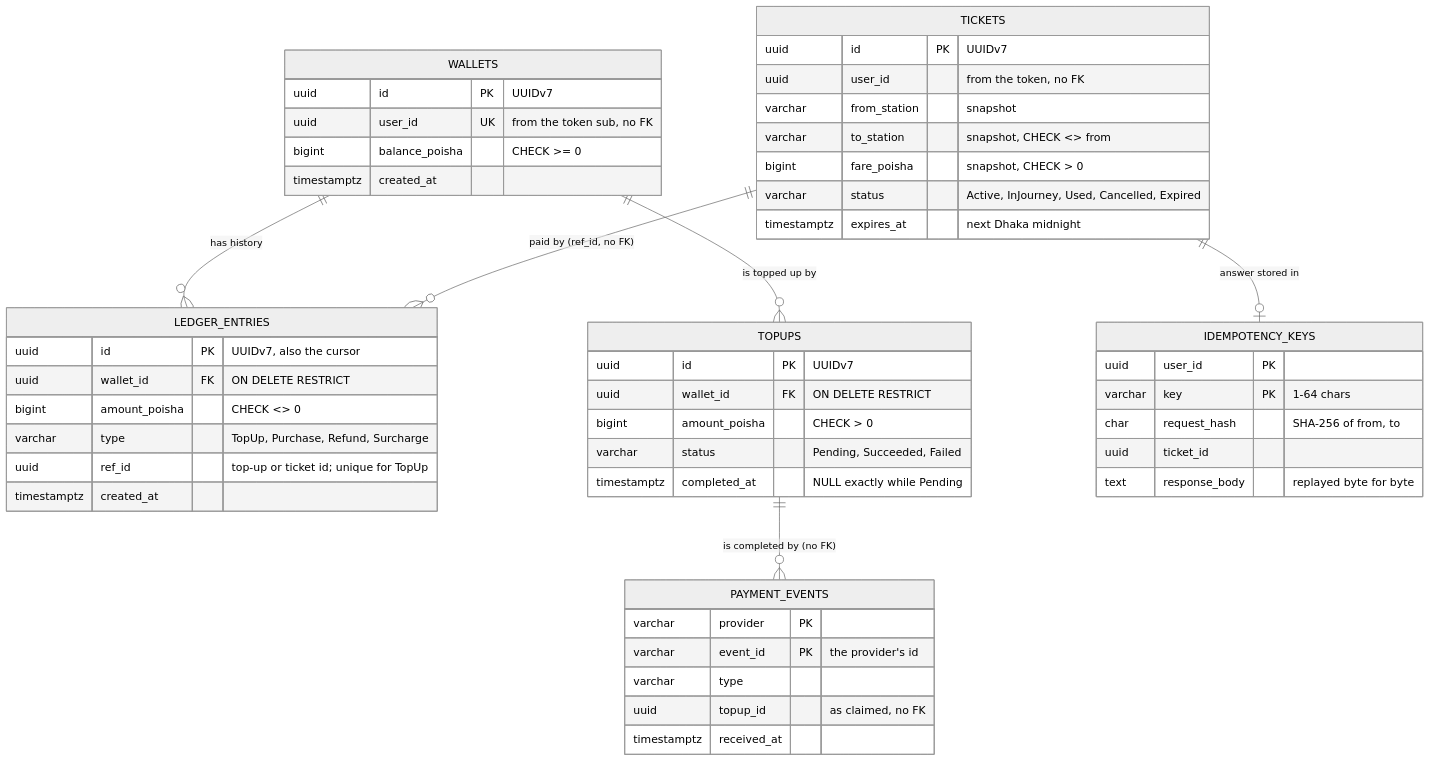
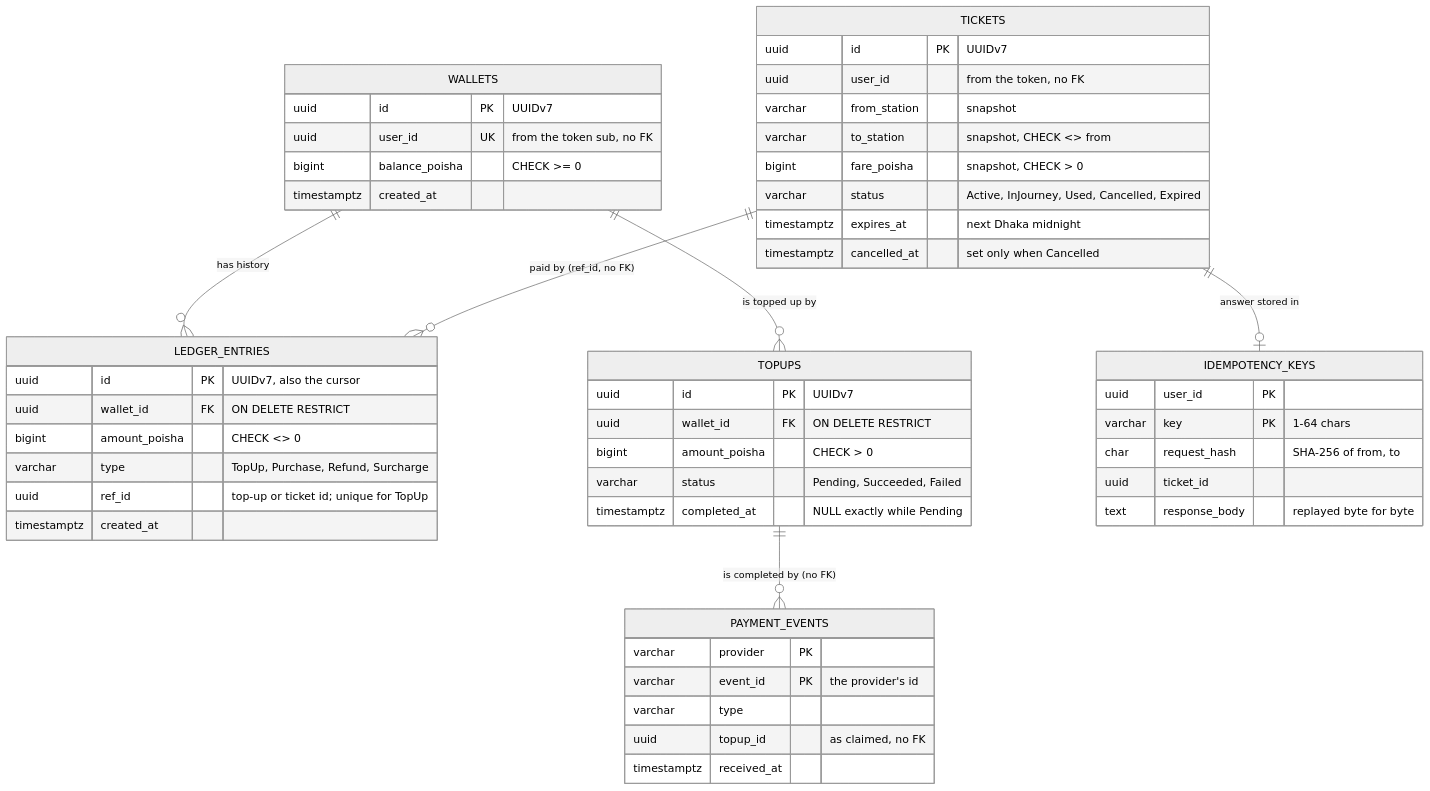
Before and after one commit to istiak133/transit-pass: the third of 3 diagrams in README.md, drawn with Mermaid (neutral theme). The commit also changed other lines of this file and 9 other files, not shown here.

````diff
--- a/README.md
+++ b/README.md
@@ -151,52 +153,53 @@
 ```mermaid
 erDiagram
     WALLETS ||--o{ LEDGER_ENTRIES : "has history"
     WALLETS ||--o{ TOPUPS : "is topped up by"
     TOPUPS ||--o{ PAYMENT_EVENTS : "is completed by (no FK)"
     TICKETS ||--o{ LEDGER_ENTRIES : "paid by (ref_id, no FK)"
     TICKETS ||--o| IDEMPOTENCY_KEYS : "answer stored in"
     WALLETS {
         uuid id PK "UUIDv7"
         uuid user_id UK "from the token sub, no FK"
         bigint balance_poisha "CHECK >= 0"
         timestamptz created_at
     }
     LEDGER_ENTRIES {
         uuid id PK "UUIDv7, also the cursor"
         uuid wallet_id FK "ON DELETE RESTRICT"
         bigint amount_poisha "CHECK <> 0"
         varchar type "TopUp, Purchase, Refund, Surcharge"
         uuid ref_id "top-up or ticket id; unique for TopUp"
         timestamptz created_at
     }
     TOPUPS {
         uuid id PK "UUIDv7"
         uuid wallet_id FK "ON DELETE RESTRICT"
         bigint amount_poisha "CHECK > 0"
         varchar status "Pending, Succeeded, Failed"
         timestamptz completed_at "NULL exactly while Pending"
     }
     PAYMENT_EVENTS {
         varchar provider PK
         varchar event_id PK "the provider's id"
         varchar type
         uuid topup_id "as claimed, no FK"
         timestamptz received_at
     }
     TICKETS {
         uuid id PK "UUIDv7"
         uuid user_id "from the token, no FK"
         varchar from_station "snapshot"
         varchar to_station "snapshot, CHECK <> from"
         bigint fare_poisha "snapshot, CHECK > 0"
         varchar status "Active, InJourney, Used, Cancelled, Expired"
         timestamptz expires_at "next Dhaka midnight"
+        timestamptz cancelled_at "set only when Cancelled"
     }
     IDEMPOTENCY_KEYS {
         uuid user_id PK
         varchar key PK "1-64 chars"
         char request_hash "SHA-256 of from, to"
         uuid ticket_id
         text response_body "replayed byte for byte"
     }
 ```
````
